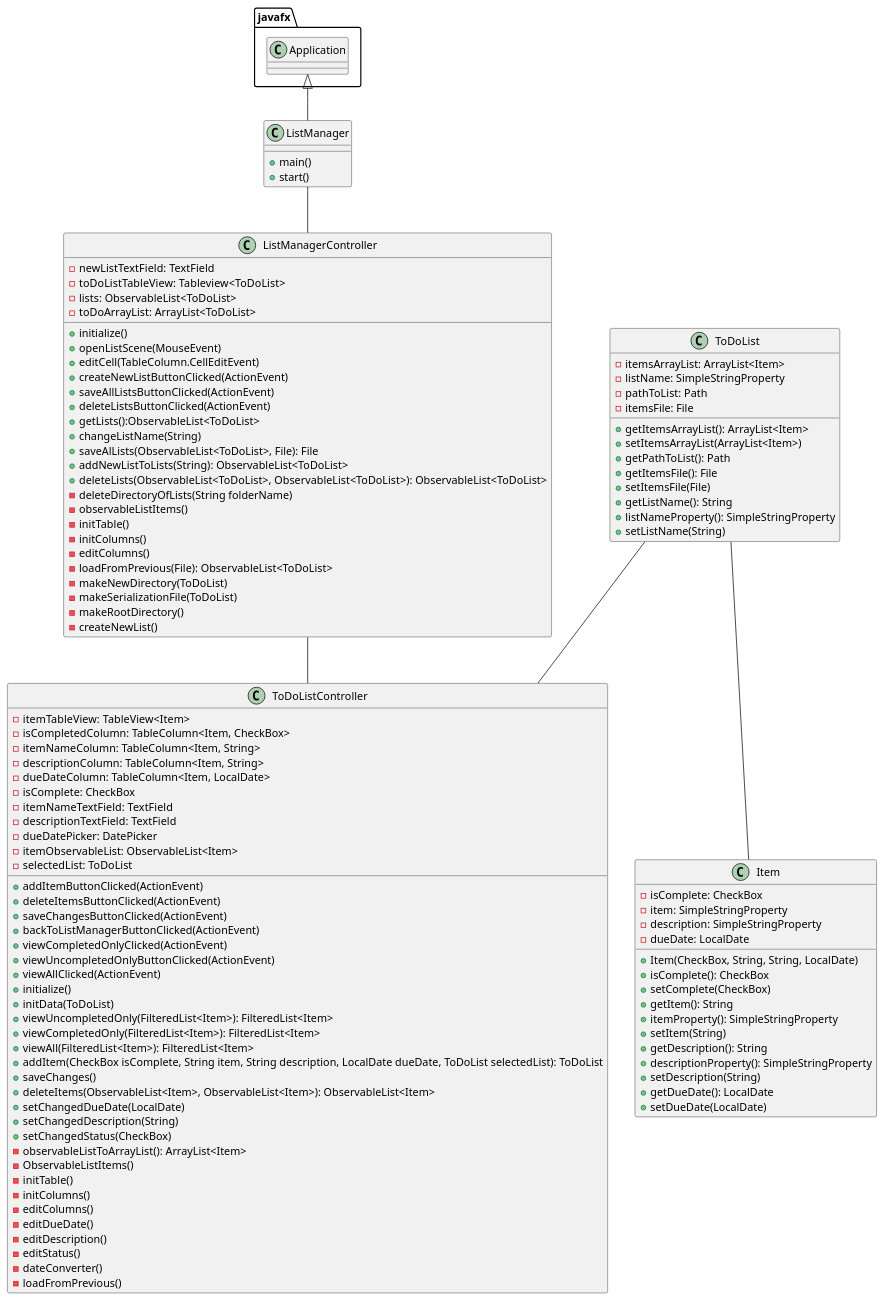
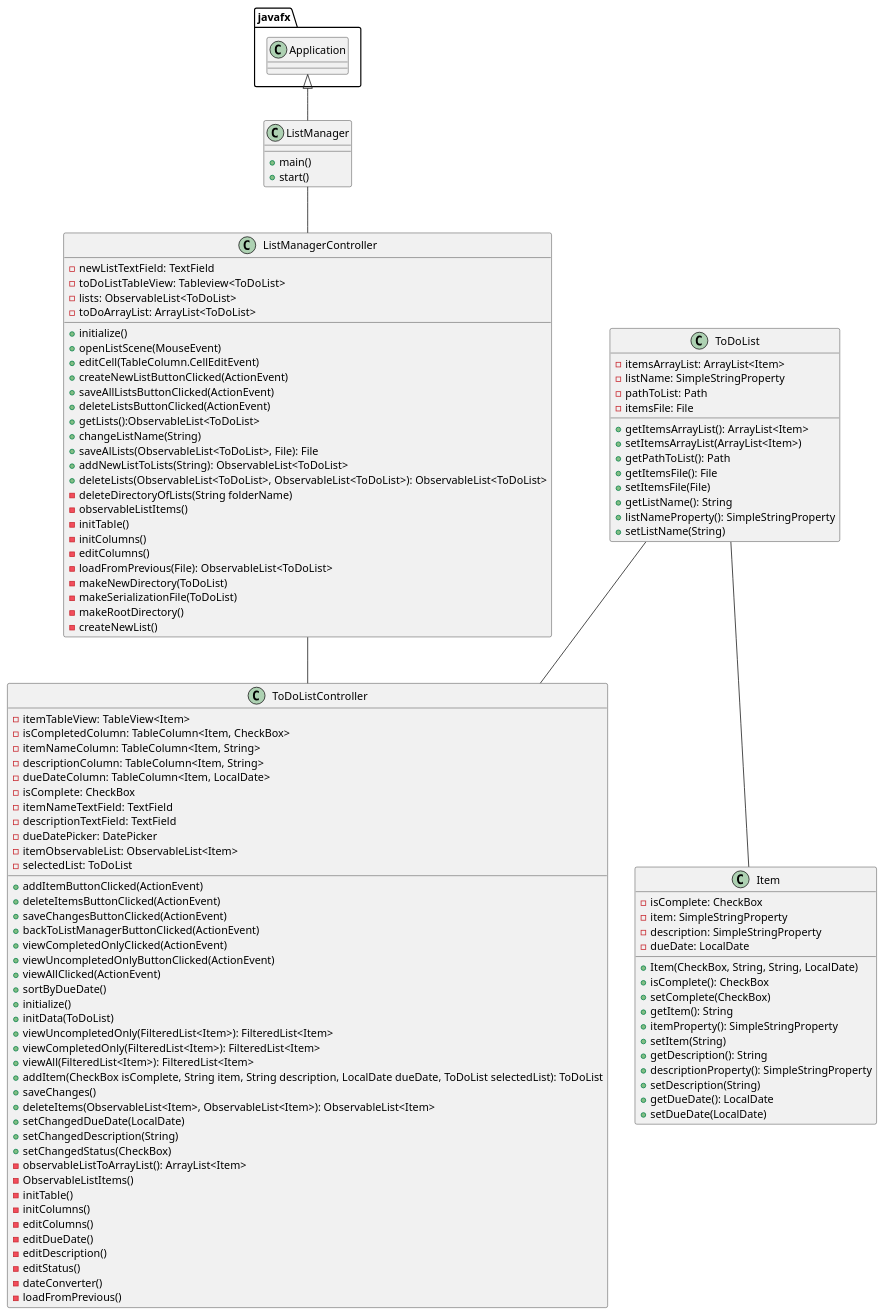
Before and after one commit to ivy-nguyen18/nguyen-cop3330-assignment4: the diagram in uml/ListManager.puml, drawn with PlantUML. The commit also changed 1 other file, not shown here.

Commit message:
PlantUML and test pseudocode for ListManager done

```diff
--- a/uml/ListManager.puml
+++ b/uml/ListManager.puml
@@ -1,124 +1,125 @@
 @startuml
 'https://plantuml.com/class-diagram
 
 class ListManager{
     + main()
     + start()
 }
 
 class ListManagerController{
     - newListTextField: TextField
     - toDoListTableView: Tableview<ToDoList>
     - lists: ObservableList<ToDoList>
     - toDoArrayList: ArrayList<ToDoList>
 
     + initialize()
     + openListScene(MouseEvent)
     + editCell(TableColumn.CellEditEvent)
     + createNewListButtonClicked(ActionEvent)
     + saveAllListsButtonClicked(ActionEvent)
     + deleteListsButtonClicked(ActionEvent)
     + getLists():ObservableList<ToDoList>
     + changeListName(String)
     + saveAlLists(ObservableList<ToDoList>, File): File
     + addNewListToLists(String): ObservableList<ToDoList>
     + deleteLists(ObservableList<ToDoList>, ObservableList<ToDoList>): ObservableList<ToDoList>
     - deleteDirectoryOfLists(String folderName)
     - observableListItems()
     - initTable()
     - initColumns()
     - editColumns()
     - loadFromPrevious(File): ObservableList<ToDoList>
     - makeNewDirectory(ToDoList)
     - makeSerializationFile(ToDoList)
     - makeRootDirectory()
     - createNewList()
 
 }
 
 class ToDoList{
     - itemsArrayList: ArrayList<Item>
     - listName: SimpleStringProperty
     - pathToList: Path
     - itemsFile: File
 
     + getItemsArrayList(): ArrayList<Item>
     + setItemsArrayList(ArrayList<Item>)
     + getPathToList(): Path
     + getItemsFile(): File
     + setItemsFile(File)
     + getListName(): String
     + listNameProperty(): SimpleStringProperty
     + setListName(String)
 }
 
 class ToDoListController{
     - itemTableView: TableView<Item>
     - isCompletedColumn: TableColumn<Item, CheckBox>
     - itemNameColumn: TableColumn<Item, String>
     - descriptionColumn: TableColumn<Item, String>
     - dueDateColumn: TableColumn<Item, LocalDate>
     - isComplete: CheckBox
     - itemNameTextField: TextField
     - descriptionTextField: TextField
     - dueDatePicker: DatePicker
     - itemObservableList: ObservableList<Item>
     - selectedList: ToDoList
 
     + addItemButtonClicked(ActionEvent)
     + deleteItemsButtonClicked(ActionEvent)
     + saveChangesButtonClicked(ActionEvent)
     + backToListManagerButtonClicked(ActionEvent)
     + viewCompletedOnlyClicked(ActionEvent)
     + viewUncompletedOnlyButtonClicked(ActionEvent)
     + viewAllClicked(ActionEvent)
+    + sortByDueDate()
     + initialize()
     + initData(ToDoList)
     + viewUncompletedOnly(FilteredList<Item>): FilteredList<Item>
     + viewCompletedOnly(FilteredList<Item>): FilteredList<Item>
     + viewAll(FilteredList<Item>): FilteredList<Item>
     + addItem(CheckBox isComplete, String item, String description, LocalDate dueDate, ToDoList selectedList): ToDoList
     + saveChanges()
     + deleteItems(ObservableList<Item>, ObservableList<Item>): ObservableList<Item>
     + setChangedDueDate(LocalDate)
     + setChangedDescription(String)
     + setChangedStatus(CheckBox)
     - observableListToArrayList(): ArrayList<Item>
     - ObservableListItems()
     - initTable()
     - initColumns()
     - editColumns()
     - editDueDate()
     - editDescription()
     - editStatus()
     - dateConverter()
     - loadFromPrevious()
 
 }
 
 class Item{
     - isComplete: CheckBox
     - item: SimpleStringProperty
     - description: SimpleStringProperty
     - dueDate: LocalDate
 
     + Item(CheckBox, String, String, LocalDate)
     + isComplete(): CheckBox
     + setComplete(CheckBox)
     + getItem(): String
     + itemProperty(): SimpleStringProperty
     + setItem(String)
     + getDescription(): String
     + descriptionProperty(): SimpleStringProperty
     + setDescription(String)
     + getDueDate(): LocalDate
     + setDueDate(LocalDate)
 }
 
 javafx.Application <|-- ListManager
 ListManager -- ListManagerController
 ListManagerController -- ToDoListController
 ToDoList -- ToDoListController
 ToDoList -- Item
 
 @enduml
```
